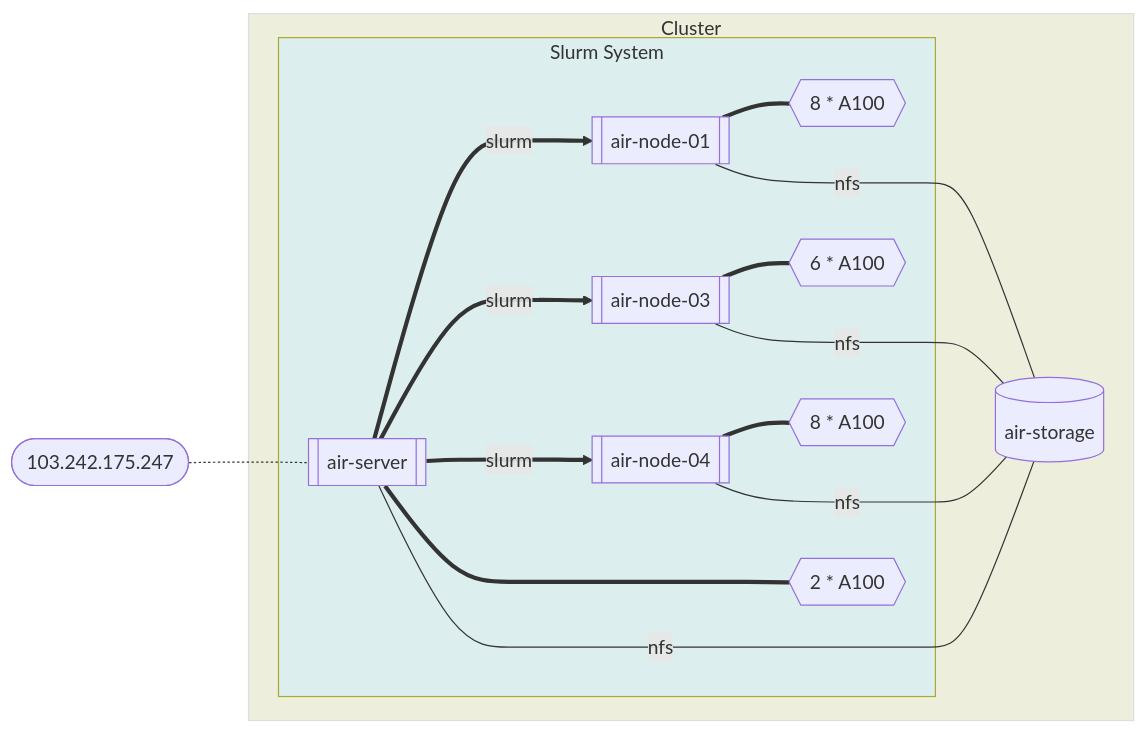
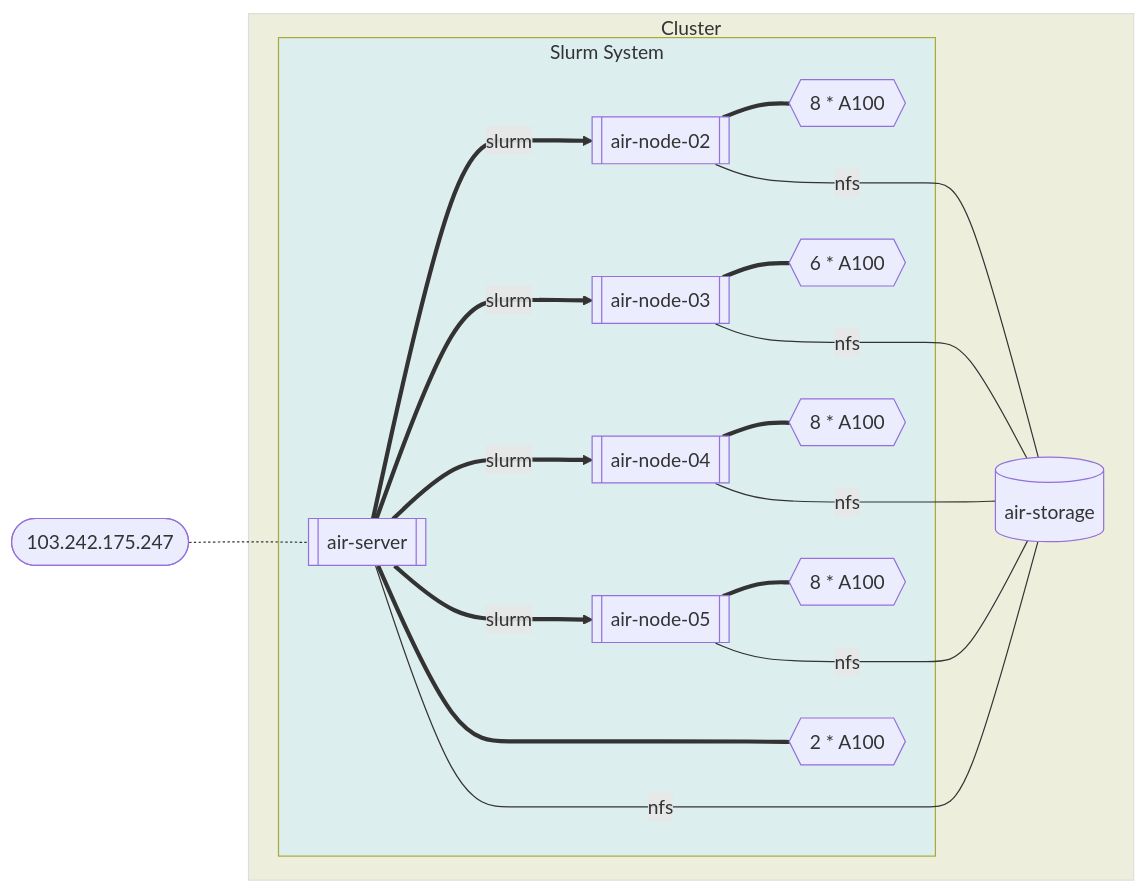
The diagram in docs/backup.md (Co1lin/AIR-Server-Doc), drawn with Mermaid before and after one commit. The commit also changed 2 other files, not shown here.

Commit message:
update changes

````diff
--- a/docs/backup.md
+++ b/docs/backup.md
@@ -1,35 +1,40 @@
 ```mermaid
 graph LR;
 classDef className fill:#f9f,stroke:#333,stroke-width:4px;
 	subgraph sA[Cluster];
         A[[air-server]];
-        B[[air-node-01]];
+        B[[air-node-02]];
         C[[air-node-03]];
         D[[air-node-04]];
+        D1[[air-node-05]];
         E[(air-storage)];
         G{{2 * A100}};
         H{{8 * A100}};
         I{{6 * A100}};
         J{{8 * A100}};
+        J1{{8 * A100}};
 
         subgraph sB[Slurm System]
             A===>|slurm|B;
             A==>|slurm|C;
             A==>|slurm|D;
+            A==>|slurm|D1;
             A=====G;
             B===H;
             C===I;
             D===J;
+            D1===J1;
         end
         A----|nfs|E;
         B----|nfs|E;
         C----|nfs|E;
         D----|nfs|E;
+        D1----|nfs|E;
 
     end
     F([103.242.175.247]);
 
     F-.-A;
     style sA fill:#EED,stroke:#DDD;
     style sB fill:#DEE;
 ```
````
